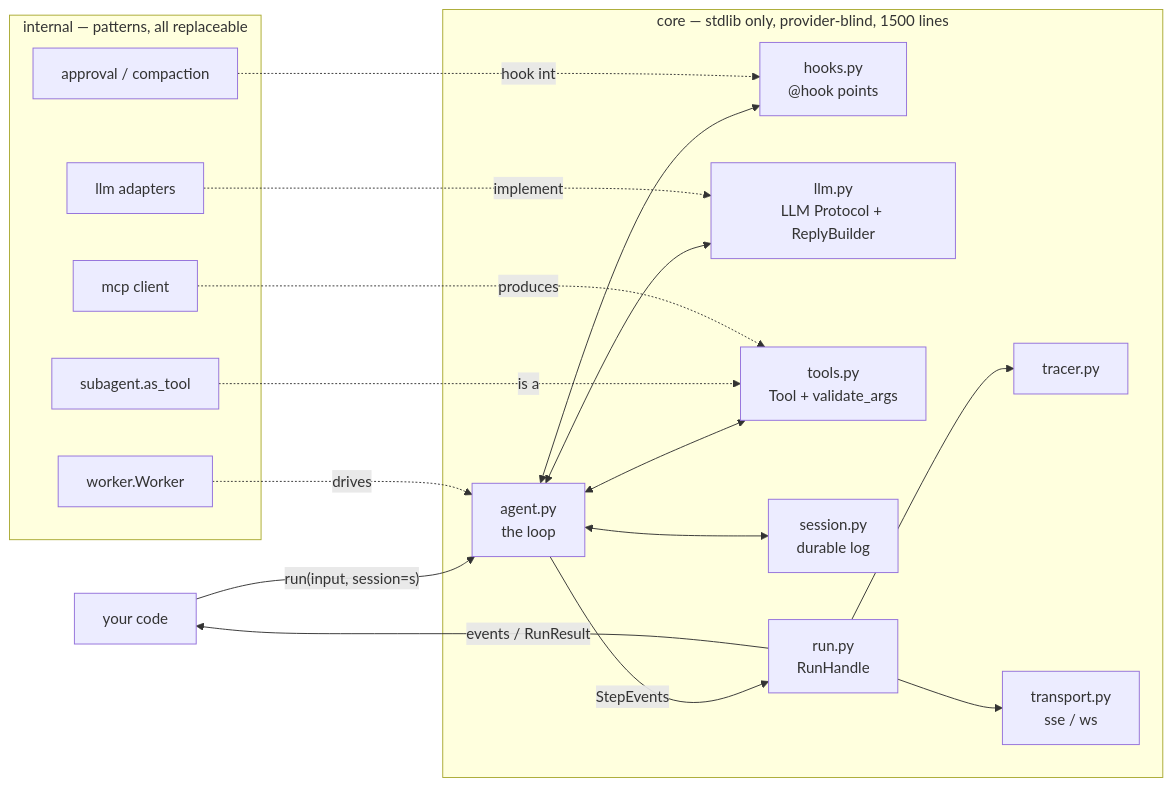
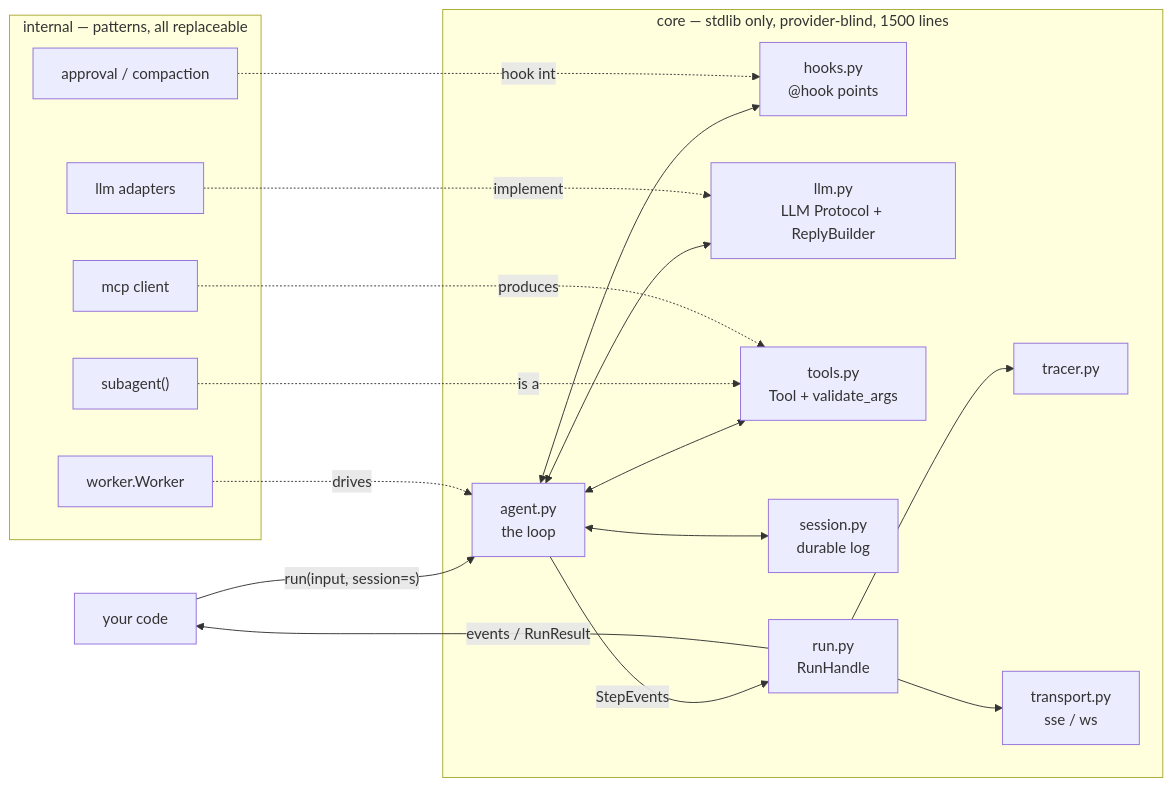
One commit to definableai/stellar changed the diagram in README.md. Above: the diagram before and after it, drawn with Mermaid. The commit also changed other lines of this file and 4 other files, not shown here.

````diff
--- a/README.md
+++ b/README.md
@@ -33,25 +33,25 @@
 ```mermaid
 flowchart LR
     U[your code] -->|"run(input, session=s)"| A
 
     subgraph CORE["core — stdlib only, provider-blind, 1500 lines"]
         A["agent.py<br/>the loop"]
         A <--> HK["hooks.py<br/>@hook points"]
         A <--> LP["llm.py<br/>LLM Protocol + ReplyBuilder"]
         A <--> TL["tools.py<br/>Tool + validate_args"]
         A <--> SS["session.py<br/>durable log"]
         A -->|StepEvents| RH["run.py<br/>RunHandle"]
         RH --> TR["tracer.py"]
         RH --> TP["transport.py<br/>sse / ws"]
     end
 
     subgraph INTERNAL["internal — patterns, all replaceable"]
         OA["llm adapters"] -.implement.-> LP
         AP["approval / compaction"] -.hook into.-> HK
-        SB["subagent.as_tool"] -.is a.-> TL
+        SB["subagent()"] -.is a.-> TL
         WK["worker.Worker"] -.drives.-> A
         MC["mcp client"] -.produces.-> TL
     end
 
     RH -->|"events / RunResult"| U
 ```
````
